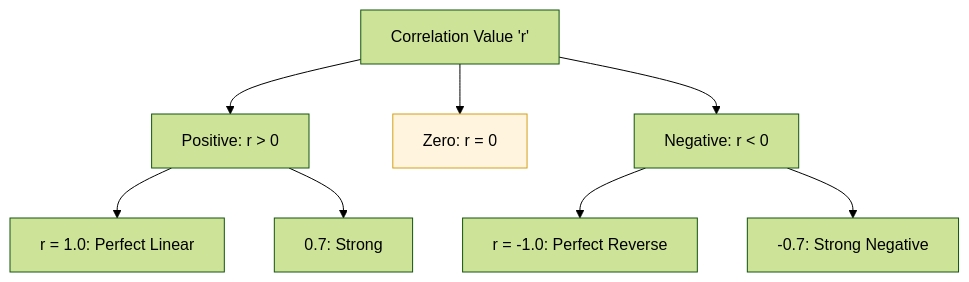
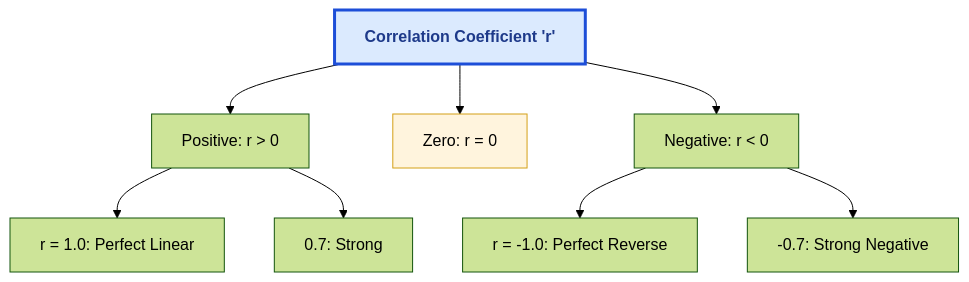
The first of 2 diagrams in C/Correlation coefficient.md (ilwon-seo/terms), drawn with Mermaid (forest theme) before and after one commit. The commit also changed other lines of this file and 18 other files, not shown here.

Commit message:
Standardize current-term Mermaid styling

````diff
--- a/C/Correlation coefficient.md
+++ b/C/Correlation coefficient.md
@@ -93,15 +93,17 @@
 ```mermaid
 flowchart TD
-    Value[Correlation Value 'r']
+    Value[Correlation Coefficient 'r']
     Value --> Positive[Positive: r > 0]
     Value --> Zero[Zero: r = 0]
     Value --> Negative[Negative: r < 0]
 
     Positive --> P1[r = 1.0: Perfect Linear]
     Positive --> P2[0.7: Strong]
     
     Negative --> N1[r = -1.0: Perfect Reverse]
     Negative --> N2[-0.7: Strong Negative]
     
     style Zero fill:#fff4dd,stroke:#d4a017
+    classDef currentTerm fill:#dbeafe,stroke:#1d4ed8,stroke-width:3px,color:#1e3a8a,font-weight:bold
+    class Value currentTerm
 ```
````
